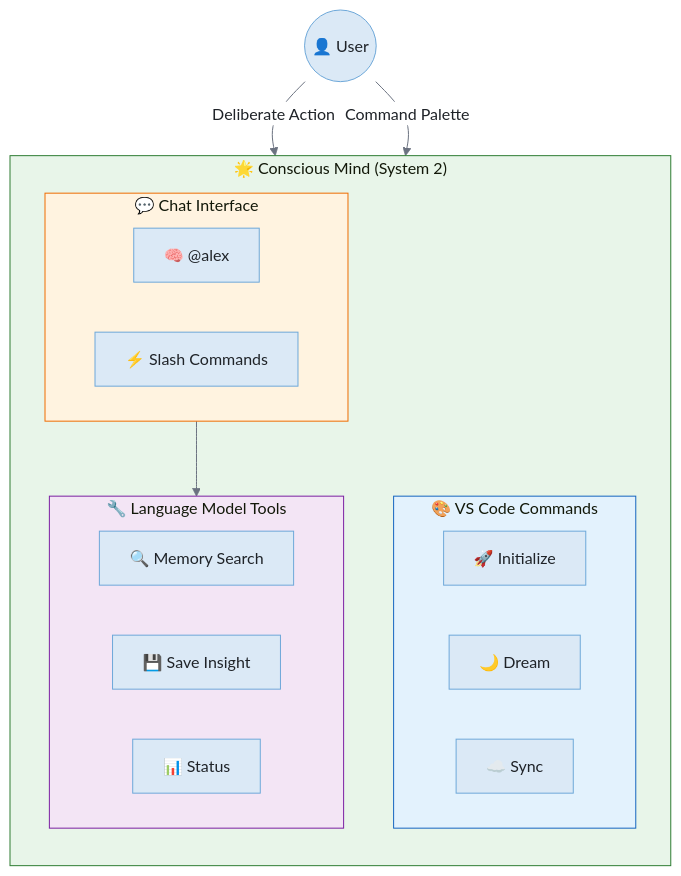
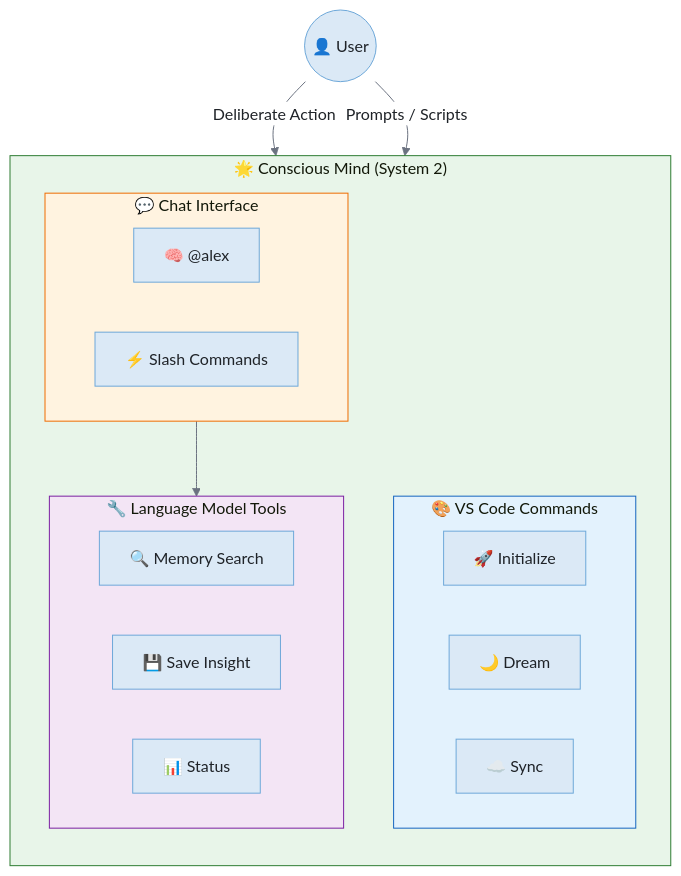
One commit to fabioc-aloha/Alex_Plug_In changed the first of 4 diagrams in alex_docs/architecture/CONSCIOUS-MIND.md. Above: the diagram before and after it, drawn with Mermaid. The commit also changed other lines of this file and 100 other files, not shown here.

````diff
--- a/alex_docs/architecture/CONSCIOUS-MIND.md
+++ b/alex_docs/architecture/CONSCIOUS-MIND.md
@@ -24,36 +24,36 @@
 ```mermaid
 %%{init: {'theme': 'base', 'themeVariables': {'background': '#f8f9fa', 'primaryColor': '#dbe9f6', 'primaryTextColor': '#1f2328', 'primaryBorderColor': '#6ea8d9', 'lineColor': '#6b7280', 'secondaryColor': '#d1f5ef', 'secondaryBorderColor': '#5ab5a0', 'tertiaryColor': '#ede7f6', 'tertiaryBorderColor': '#b39ddb', 'edgeLabelBackground': '#ffffff', 'fontFamily': 'Segoe UI, system-ui, sans-serif'}}}%%
 flowchart TB
     subgraph CONSCIOUS["🌟 Conscious Mind (System 2)"]
         direction TB
 
         subgraph CHAT["💬 Chat Interface"]
             direction LR
             CP["🧠 @alex"]
             SC["⚡ Slash Commands"]
         end
 
         subgraph COMMANDS["🎨 VS Code Commands"]
             direction LR
             INIT["🚀 Initialize"]
             DREAM["🌙 Dream"]
             SYNC["☁️ Sync"]
         end
 
         subgraph TOOLS["🔧 Language Model Tools"]
             direction LR
             MEM["🔍 Memory Search"]
             SAVE["💾 Save Insight"]
             STAT["📊 Status"]
         end
     end
 
     USER(("👤 User")) -->|"Deliberate Action"| CHAT
-    USER -->|"Command Palette"| COMMANDS
+    USER -->|"Prompts / Scripts"| COMMANDS
     CHAT --> TOOLS
 
     style CONSCIOUS fill:#e8f5e9,stroke:#2e7d32
     style CHAT fill:#fff3e0,stroke:#ef6c00
     style COMMANDS fill:#e3f2fd,stroke:#1565c0
     style TOOLS fill:#f3e5f5,stroke:#7b1fa2
 ```
````
